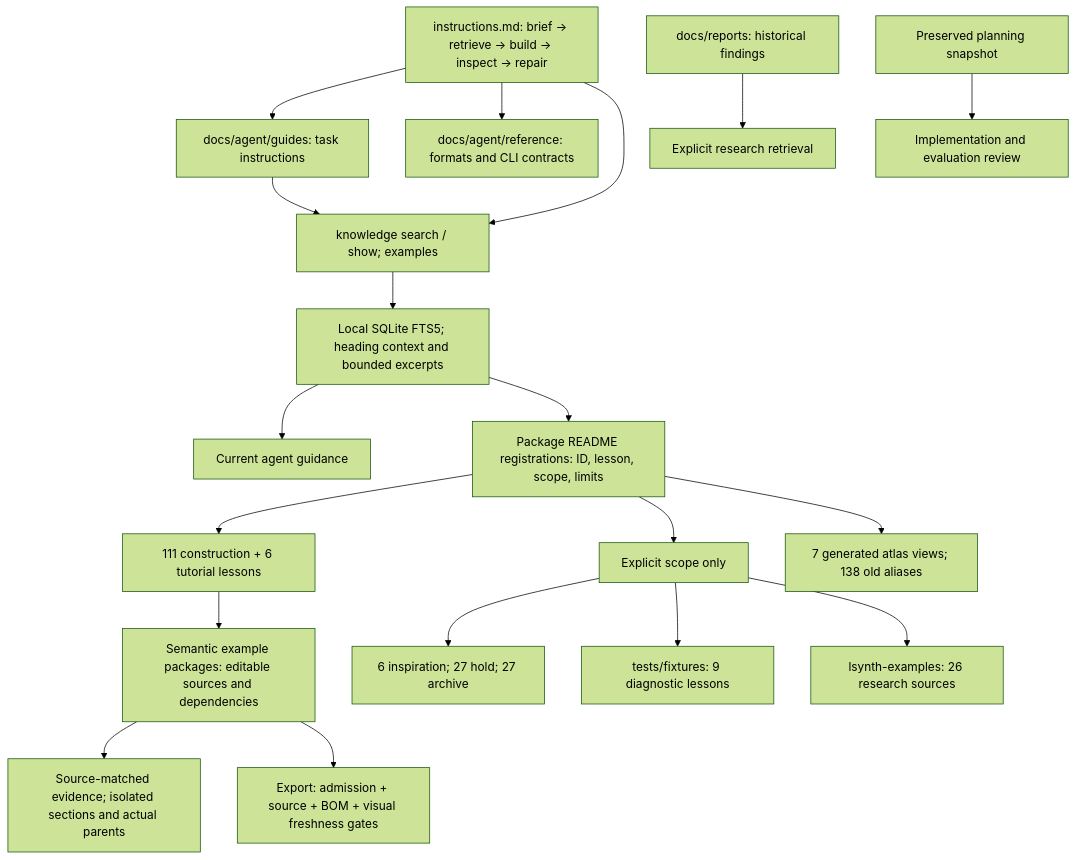
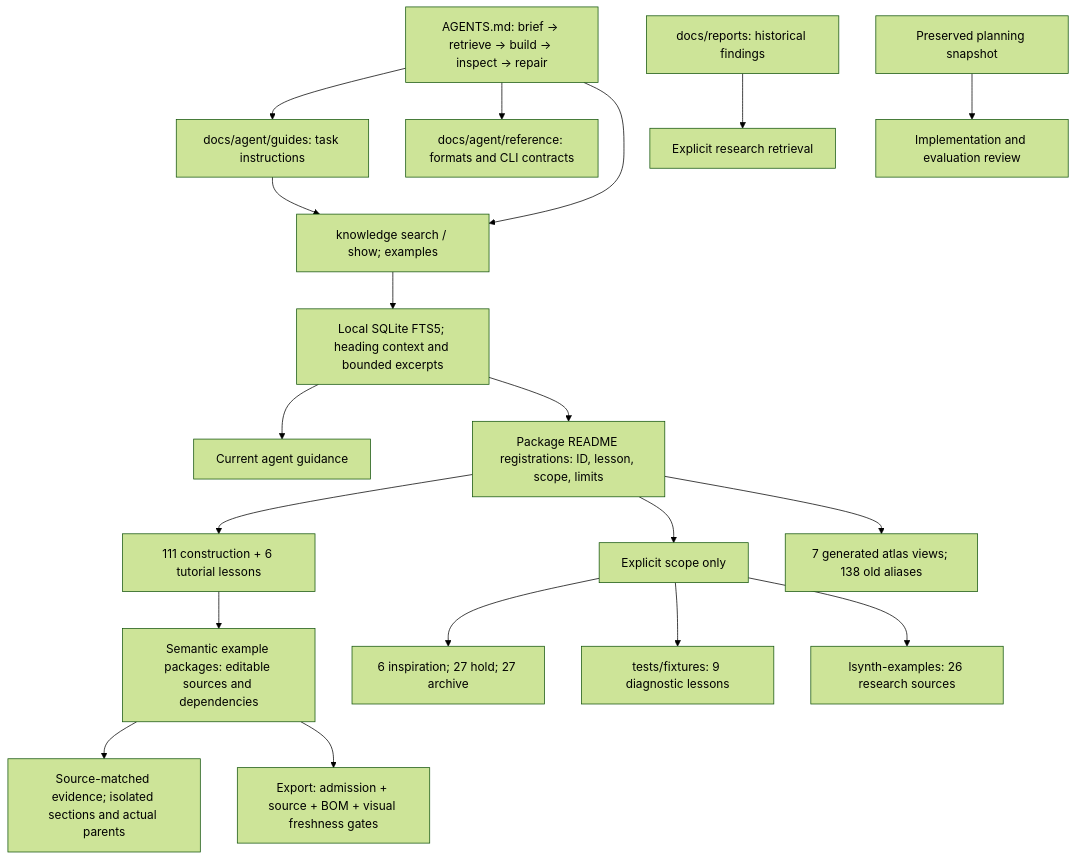
The diagram in docs/plans/knowledge-base-overhaul/implementation.md (anteloc/ldraw-nova), drawn with Mermaid (forest theme) before and after one commit. The commit also changed other lines of this file and 6 other files, not shown here.

Commit message:
Astra - added AGENTS.md, replacing instructions.md

````diff
--- a/docs/plans/knowledge-base-overhaul/implementation.md
+++ b/docs/plans/knowledge-base-overhaul/implementation.md
@@ -7,21 +7,21 @@
 ```mermaid
 flowchart TD
-    Entry["instructions.md: brief → retrieve → build → inspect → repair"] --> Guides["docs/agent/guides: task instructions"]
+    Entry["AGENTS.md: brief → retrieve → build → inspect → repair"] --> Guides["docs/agent/guides: task instructions"]
     Entry --> Contracts["docs/agent/reference: formats and CLI contracts"]
     Entry --> Search["knowledge search / show; examples"]
     Guides --> Search
     Search --> Index["Local SQLite FTS5; heading context and bounded excerpts"]
     Index --> Current["Current agent guidance"]
     Index --> Owners["Package README registrations: ID, lesson, scope, limits"]
     Owners --> Admitted["111 construction + 6 tutorial lessons"]
     Owners --> Explicit["Explicit scope only"]
     Explicit --> Other["6 inspiration; 27 hold; 27 archive"]
     Explicit --> Fixtures["tests/fixtures: 9 diagnostic lessons"]
     Explicit --> Raw["lsynth-examples: 26 research sources"]
     Admitted --> Source["Semantic example packages: editable sources and dependencies"]
     Source --> Evidence["Source-matched evidence; isolated sections and actual parents"]
     Owners --> Compat["7 generated atlas views; 138 old aliases"]
     Source --> Export["Export: admission + source + BOM + visual freshness gates"]
     Reports["docs/reports: historical findings"] --> Research["Explicit research retrieval"]
     Planning["Preserved planning snapshot"] --> Review["Implementation and evaluation review"]
 ```
````
